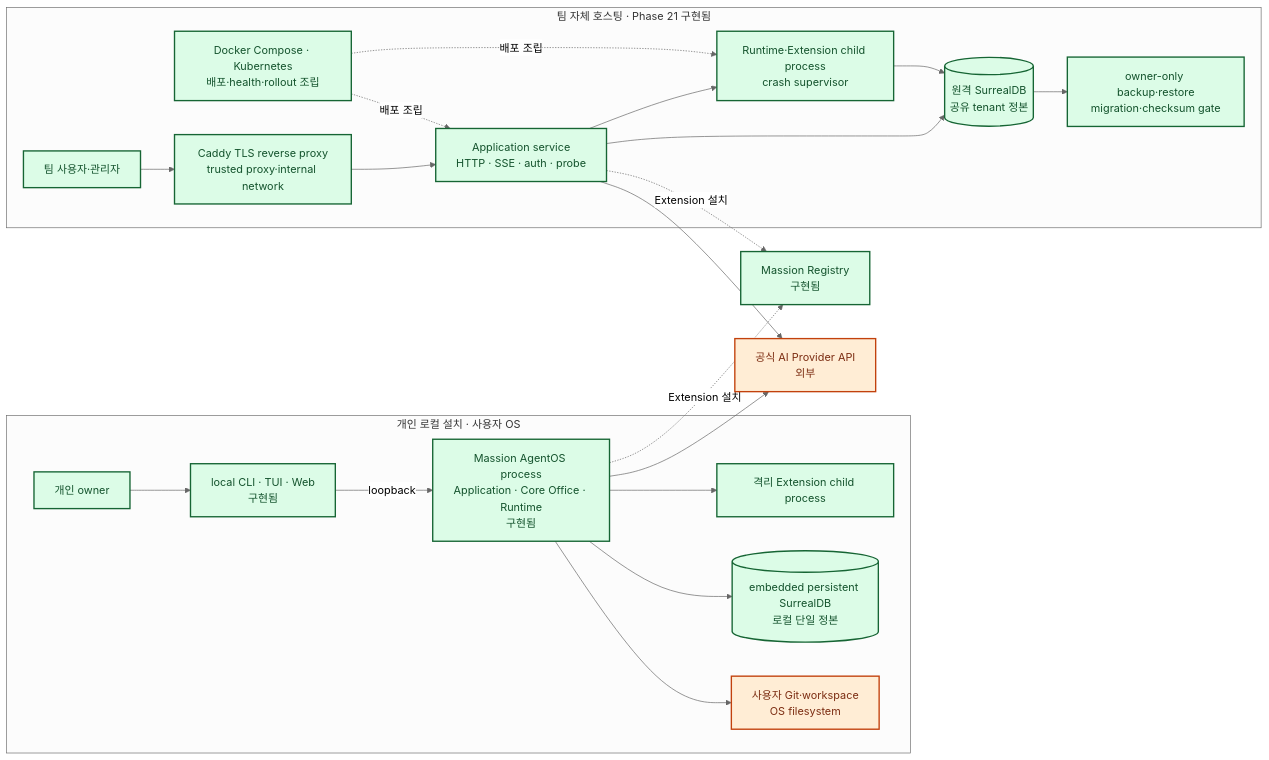
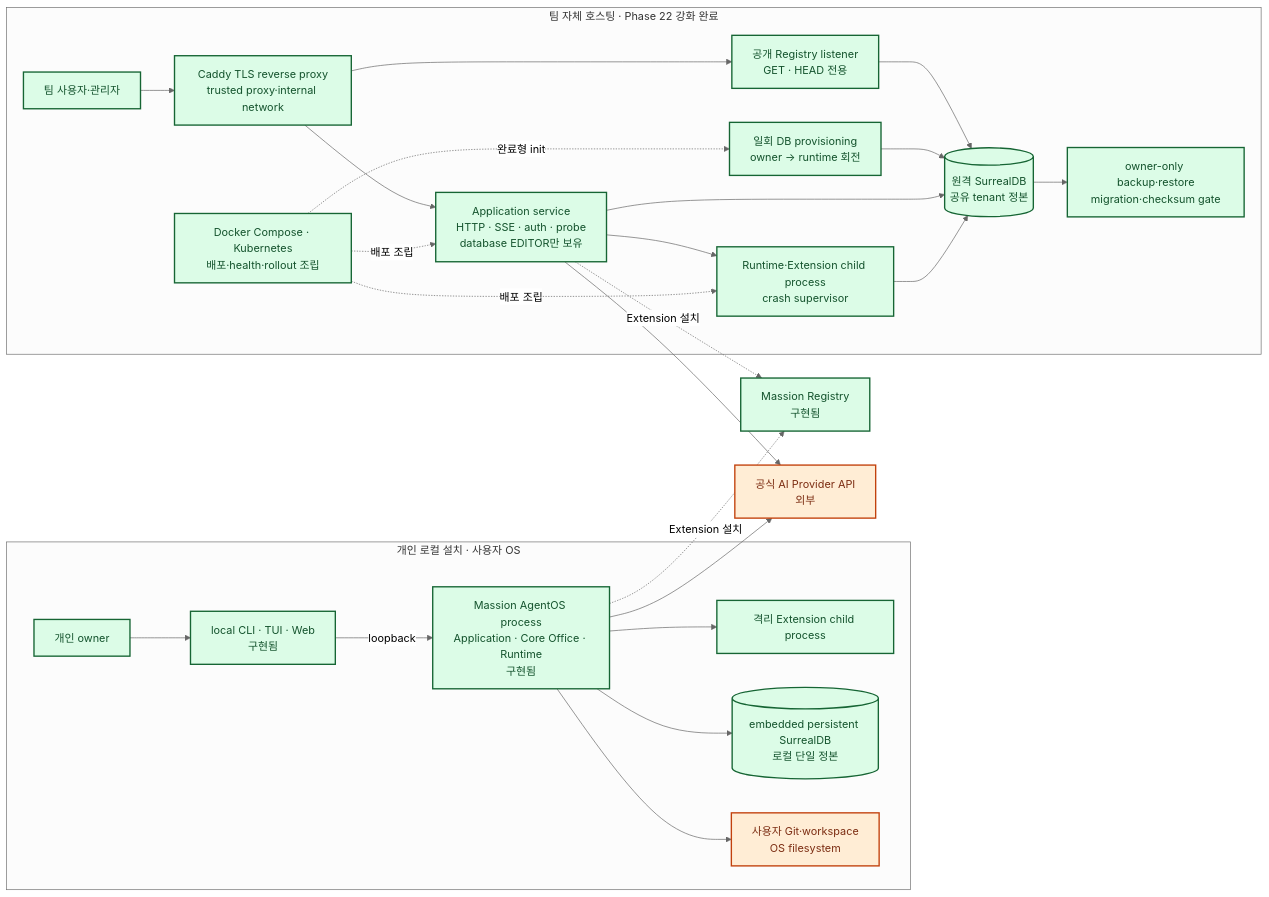
Before and after one commit to jabdori/massion: the tenth of 10 diagrams in docs/architecture/README.md, drawn with Mermaid (neutral theme). The commit also changed other lines of this file, not shown here.

Commit message:
docs(phase-22): record product hardening review

````diff
--- a/docs/architecture/README.md
+++ b/docs/architecture/README.md
@@ -581,48 +581,54 @@
 ```mermaid
 flowchart LR
   classDef implemented fill:#dcfce7,stroke:#166534,color:#14532d,stroke-width:2px;
   classDef implementing fill:#dbeafe,stroke:#1d4ed8,color:#1e3a8a,stroke-width:3px;
   classDef planned fill:#f3f4f6,stroke:#6b7280,color:#374151,stroke-width:1px,stroke-dasharray:5 5;
   classDef external fill:#ffedd5,stroke:#c2410c,color:#7c2d12,stroke-width:2px;
 
   subgraph Local["개인 로컬 설치 · 사용자 OS"]
     LocalUser["개인 owner"]:::implemented
     LocalSurface["local CLI · TUI · Web<br/>구현됨"]:::implemented
     LocalCore["Massion AgentOS process<br/>Application · Core Office · Runtime<br/>구현됨"]:::implemented
     LocalWorkers["격리 Extension child process"]:::implemented
     LocalDB[("embedded persistent SurrealDB<br/>로컬 단일 정본")]:::implemented
     LocalFiles["사용자 Git·workspace<br/>OS filesystem"]:::external
 
     LocalUser --> LocalSurface
     LocalSurface -->|loopback| LocalCore
     LocalCore --> LocalDB
     LocalCore --> LocalWorkers
     LocalCore --> LocalFiles
   end
 
-  subgraph Team["팀 자체 호스팅 · Phase 21 구현됨"]
+  subgraph Team["팀 자체 호스팅 · Phase 22 강화 완료"]
     TeamUsers["팀 사용자·관리자"]:::implemented
     Proxy["Caddy TLS reverse proxy<br/>trusted proxy·internal network"]:::implemented
-    Apps["Application service<br/>HTTP · SSE · auth · probe"]:::implemented
+    Apps["Application service<br/>HTTP · SSE · auth · probe<br/>database EDITOR만 보유"]:::implemented
+    RegistryRead["공개 Registry listener<br/>GET · HEAD 전용"]:::implemented
+    Provision["일회 DB provisioning<br/>owner → runtime 회전"]:::implemented
     RuntimePool["Runtime·Extension child process<br/>crash supervisor"]:::implemented
     SharedDB[("원격 SurrealDB<br/>공유 tenant 정본")]:::implemented
     Backup["owner-only backup·restore<br/>migration·checksum gate"]:::implemented
     K8s["Docker Compose · Kubernetes<br/>배포·health·rollout 조립"]:::implemented
 
     TeamUsers --> Proxy
     Proxy --> Apps
+    Proxy --> RegistryRead
+    RegistryRead --> SharedDB
+    Provision --> SharedDB
     Apps --> RuntimePool
     Apps --> SharedDB
     RuntimePool --> SharedDB
     SharedDB --> Backup
     K8s -. "배포 조립" .-> Apps
+    K8s -. "완료형 init" .-> Provision
     K8s -. "배포 조립" .-> RuntimePool
   end
 
   Registry["Massion Registry<br/>구현됨"]:::implemented
   Providers["공식 AI Provider API<br/>외부"]:::external
   LocalCore --> Providers
   Apps --> Providers
   LocalCore -. "Extension 설치" .-> Registry
   Apps -. "Extension 설치" .-> Registry
 ```
````
